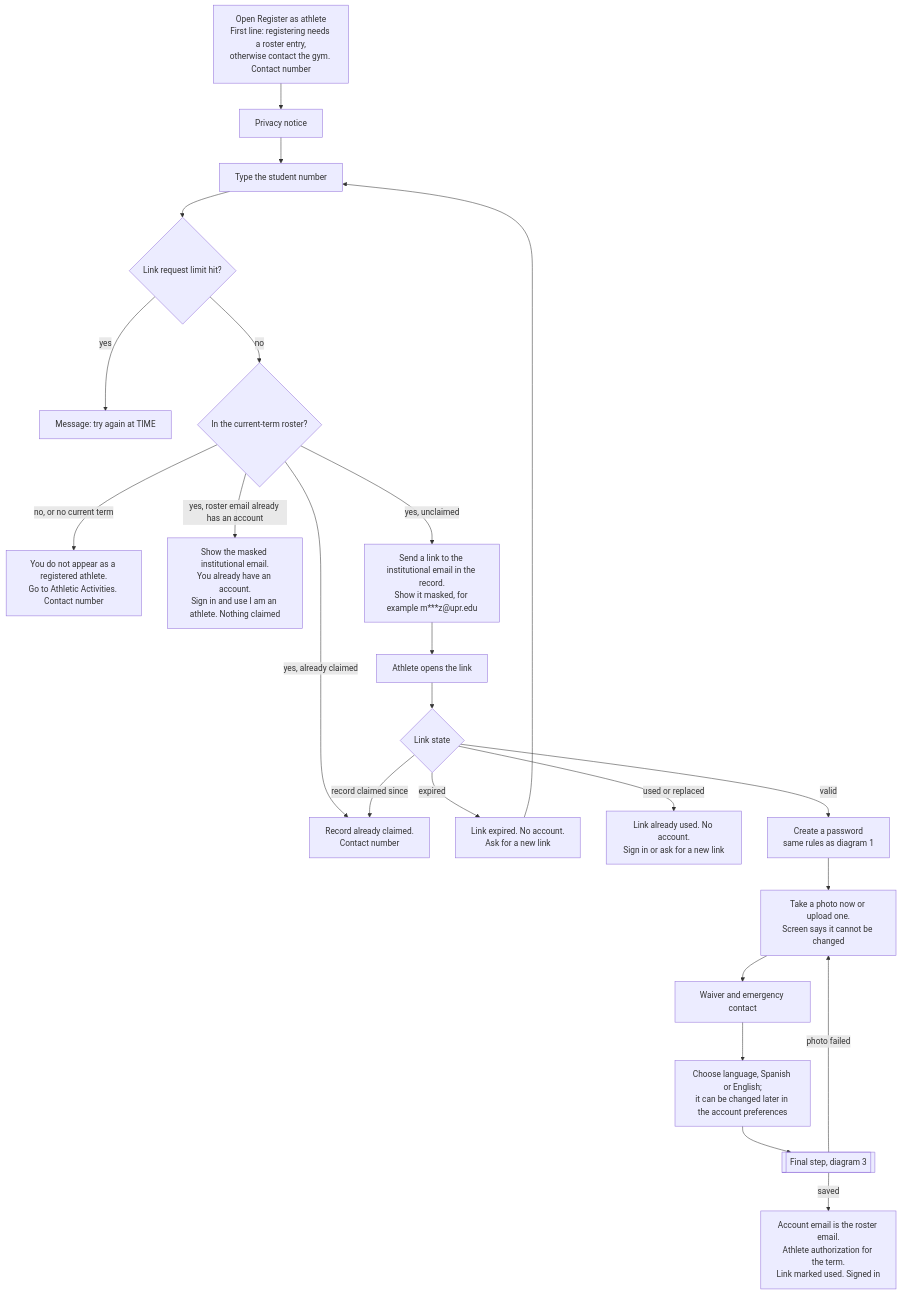
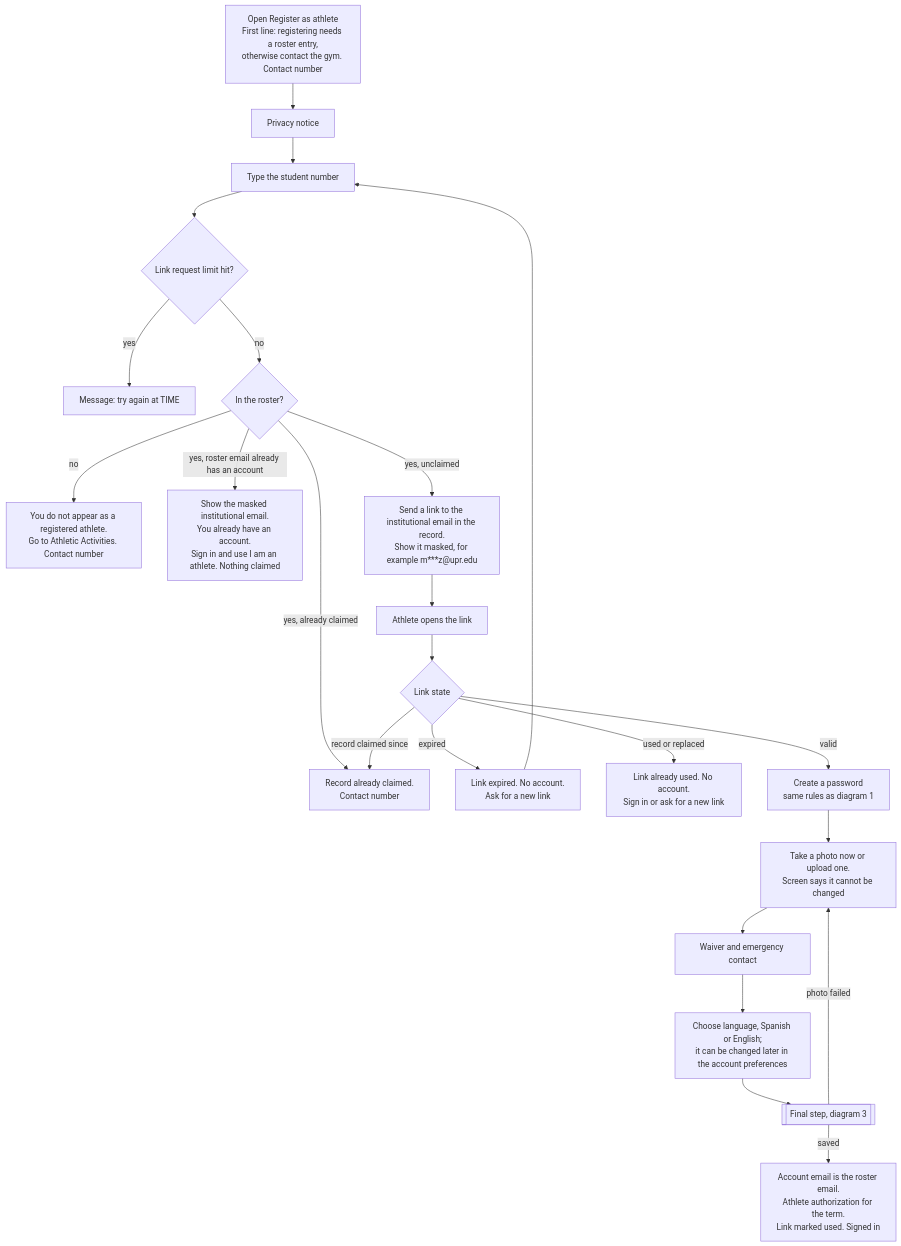
The fourth of 8 diagrams in docs/design/registration-flows.md (Th3-Minorities/natatorio-gym-app), drawn with Mermaid before and after one commit. The commit also changed other lines of this file and 13 other files, not shown here.

Commit message:
Record the Athletic Activities meeting decisions (E-114 to E-139) on main so the team plans from current docs before #13 merges

````diff
--- a/docs/design/registration-flows.md
+++ b/docs/design/registration-flows.md
@@ -135,25 +139,25 @@
 ```mermaid
 flowchart TD
   START["Open Register as athlete<br/>First line: registering needs a roster entry,<br/>otherwise contact the gym. Contact number"] --> PN["Privacy notice"]
   PN --> SN["Type the student number"]
   SN --> LIM{"Link request limit hit?"}
   LIM -->|"yes"| X0["Message: try again at TIME"]
-  LIM -->|"no"| R{"In the current-term roster?"}
-  R -->|"no, or no current term"| X1["You do not appear as a registered athlete.<br/>Go to Athletic Activities. Contact number"]
+  LIM -->|"no"| R{"In the roster?"}
+  R -->|"no"| X1["You do not appear as a registered athlete.<br/>Go to Athletic Activities. Contact number"]
   R -->|"yes, already claimed"| X2["Record already claimed.<br/>Contact number"]
   R -->|"yes, roster email already has an account"| X3["Show the masked institutional email.<br/>You already have an account.<br/>Sign in and use I am an athlete. Nothing claimed"]
   R -->|"yes, unclaimed"| SEND["Send a link to the institutional email in the record.<br/>Show it masked, for example m***z@upr.edu"]
   SEND --> OPEN["Athlete opens the link"]
   OPEN --> V{"Link state"}
   V -->|"expired"| X4["Link expired. No account.<br/>Ask for a new link"]
   V -->|"used or replaced"| X5["Link already used. No account.<br/>Sign in or ask for a new link"]
   V -->|"record claimed since"| X2
   V -->|"valid"| PW["Create a password<br/>same rules as diagram 1"]
   PW --> PH["Take a photo now or upload one.<br/>Screen says it cannot be changed"]
   PH --> WV["Waiver and emergency contact"]
   WV --> LG["Choose language, Spanish or English;<br/>it can be changed later in the account preferences"]
   LG --> FIN[["Final step, diagram 3"]]
   FIN -->|"photo failed"| PH
   FIN -->|"saved"| OK["Account email is the roster email.<br/>Athlete authorization for the term.<br/>Link marked used. Signed in"]
   X4 --> SN
 ```
````
